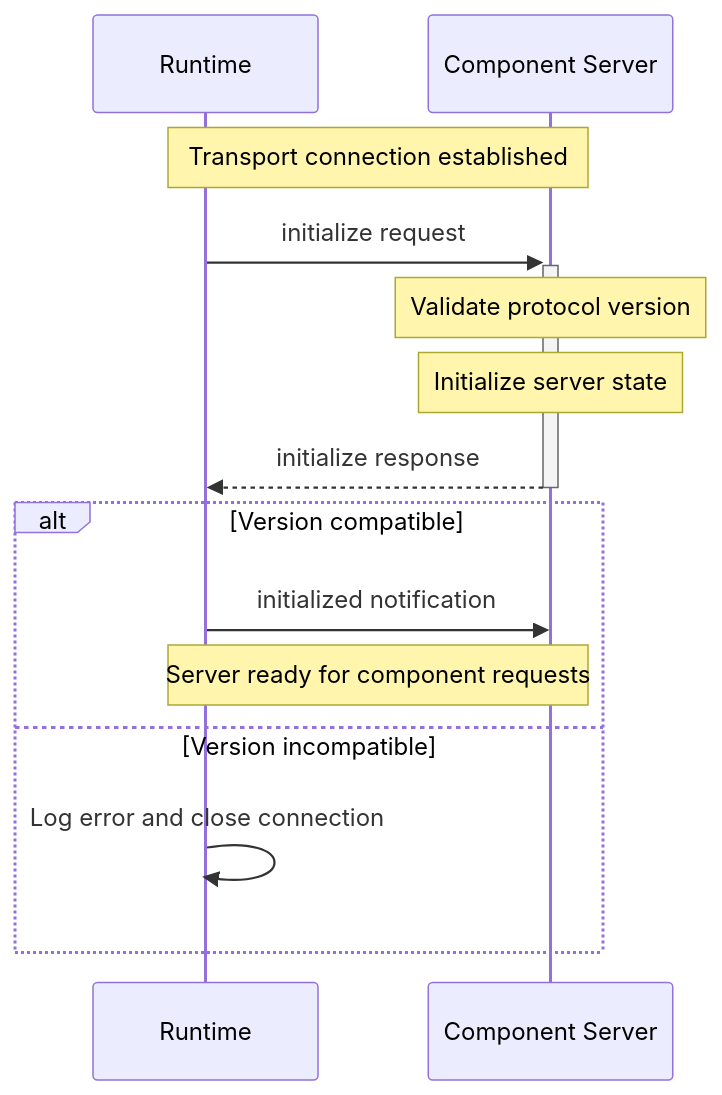
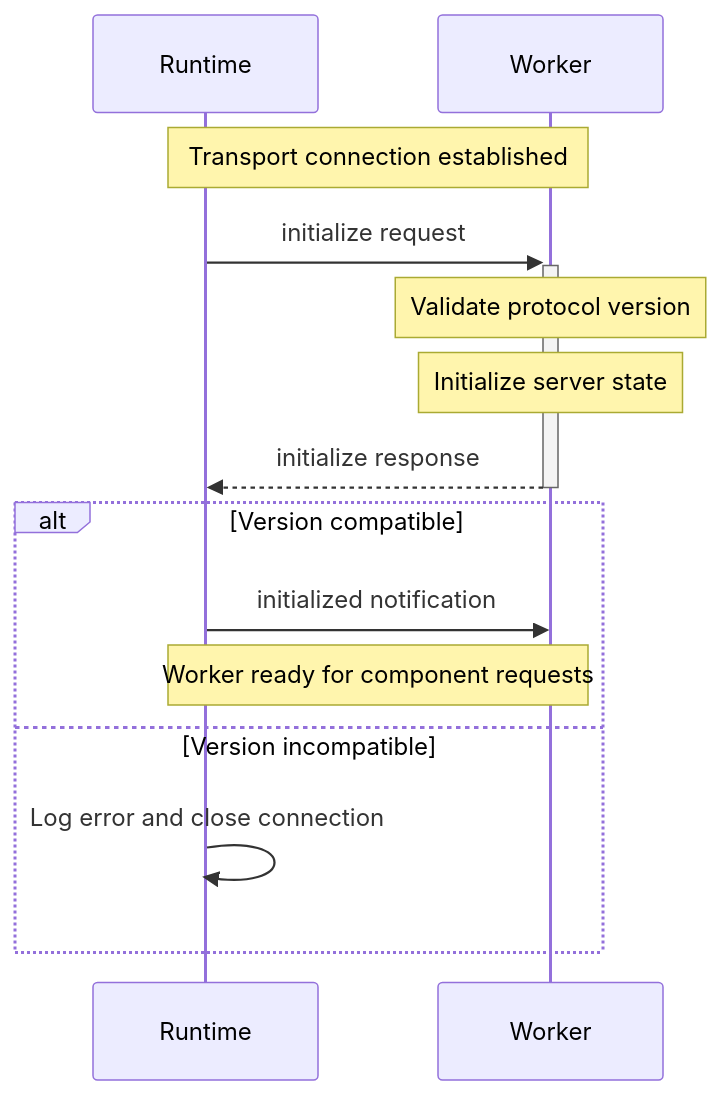
The diagram in docs/docs/protocol/methods/initialization.md (stepflow-ai/stepflow), drawn with Mermaid before and after one commit. The commit also changed other lines of this file and 27 other files, not shown here.

````diff
--- a/docs/docs/protocol/methods/initialization.md
+++ b/docs/docs/protocol/methods/initialization.md
@@ -22,19 +22,19 @@
 ```mermaid
 sequenceDiagram
     participant R as Runtime
-    participant S as Component Server
+    participant S as Worker
 
     Note over R,S: Transport connection established
 
     R->>+S: initialize request
     Note over S: Validate protocol version
     Note over S: Initialize server state
     S-->>-R: initialize response
 
     alt Version compatible
         R->>S: initialized notification
-        Note over R,S: Server ready for component requests
+        Note over R,S: Worker ready for component requests
     else Version incompatible
         R->>R: Log error and close connection
     end
 ```
````
